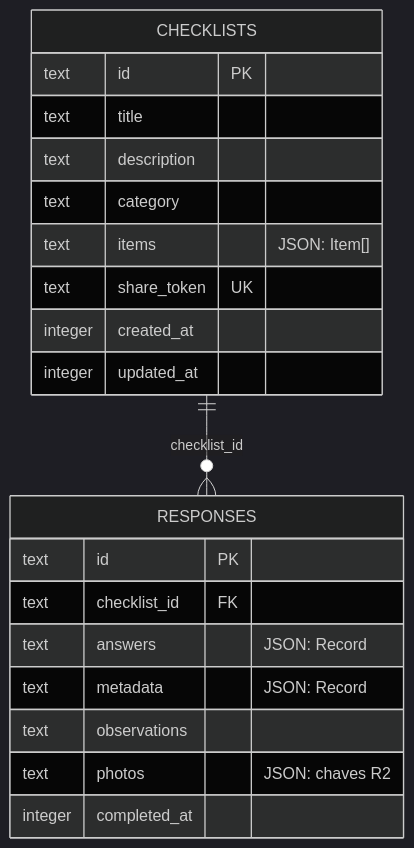
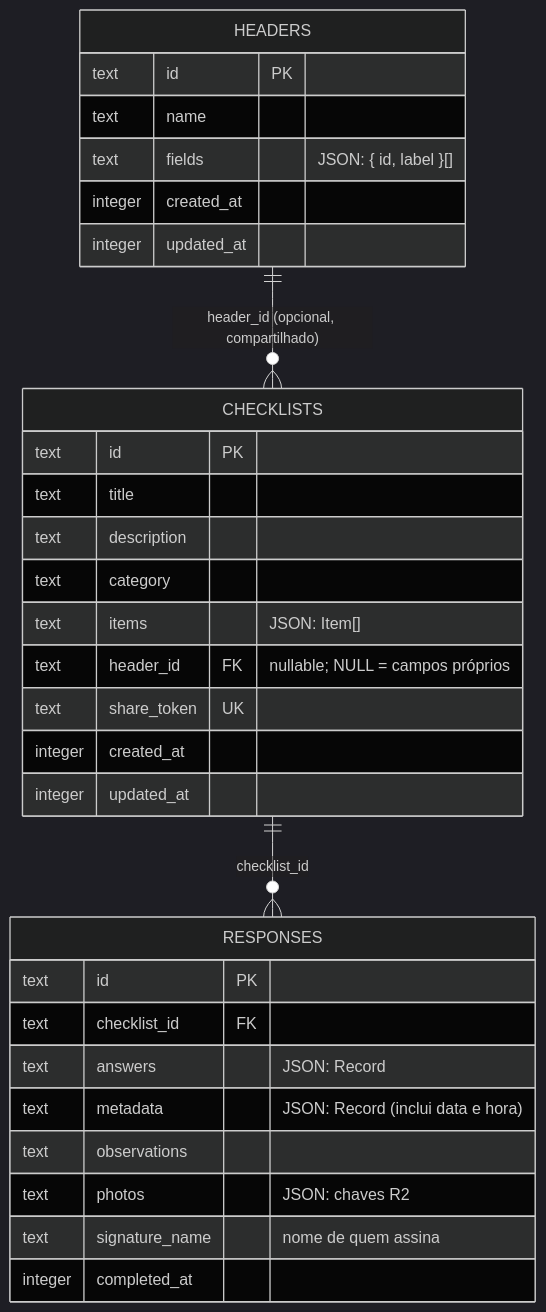
One commit to teonett/gerador_conferencia_p0l4r1s changed the eighth of 8 diagrams in README.md. Above: the diagram before and after it, drawn with Mermaid (dark theme). The commit also changed other lines of this file, not shown here.

````diff
--- a/README.md
+++ b/README.md
@@ -255,25 +327,36 @@
 ```mermaid
 erDiagram
+    HEADERS ||--o{ CHECKLISTS : "header_id (opcional, compartilhado)"
     CHECKLISTS ||--o{ RESPONSES : checklist_id
+
+    HEADERS {
+        text id PK
+        text name
+        text fields "JSON: { id, label }[]"
+        integer created_at
+        integer updated_at
+    }
 
     CHECKLISTS {
         text id PK
         text title
         text description
         text category
         text items "JSON: Item[]"
+        text header_id FK "nullable; NULL = campos próprios"
         text share_token UK
         integer created_at
         integer updated_at
     }
 
     RESPONSES {
         text id PK
         text checklist_id FK
         text answers "JSON: Record<itemId, string[]>"
-        text metadata "JSON: Record<fieldId, valor>"
+        text metadata "JSON: Record<fieldId, valor> (inclui data e hora)"
         text observations
         text photos "JSON: chaves R2"
+        text signature_name "nome de quem assina"
         integer completed_at
     }
 ```
````
